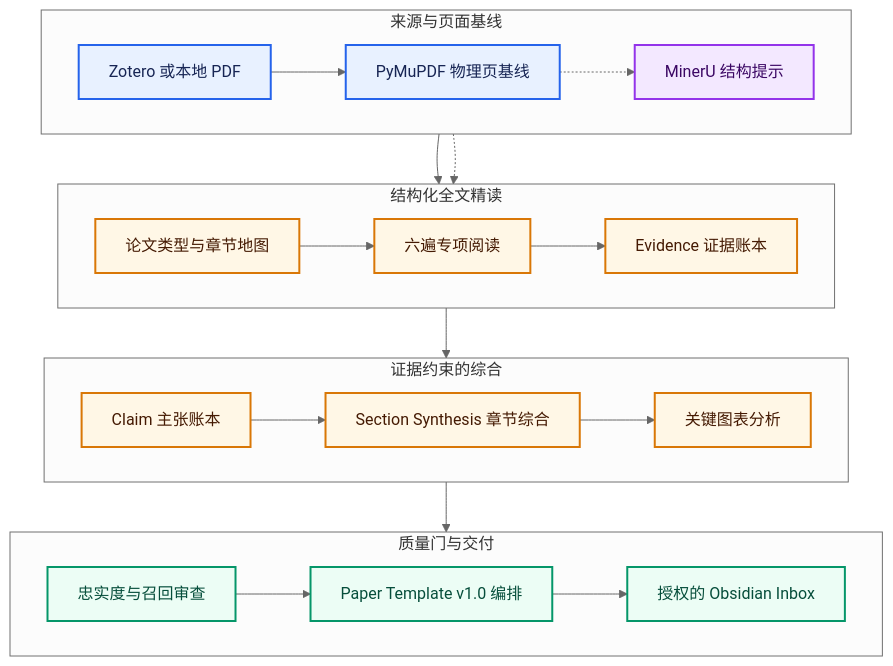
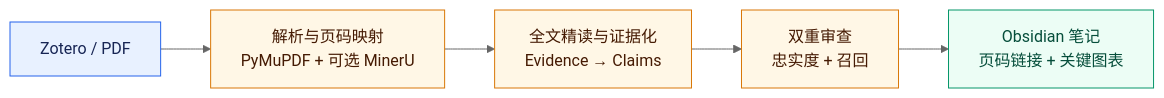
The diagram in README.md (xieyf1024/Litanchor-paper-reading), drawn with Mermaid (neutral theme) before and after one commit. The commit also changed other lines of this file and 3 other files, not shown here.

````diff
--- a/README.md
+++ b/README.md
@@ -53,37 +63,14 @@
 ```mermaid
-flowchart TB
-    subgraph grounding["来源与页面基线"]
-        direction LR
-        source["Zotero 或本地 PDF"] --> pages["PyMuPDF 物理页基线"]
-        pages -.-> mineru["MinerU 结构提示"]
-    end
+flowchart LR
+    source["Zotero / PDF"] --> parse["解析与页码映射<br/>PyMuPDF + 可选 MinerU"]
+    parse --> ground["全文精读与证据化<br/>Evidence → Claims"]
+    ground --> review["双重审查<br/>忠实度 + 召回"]
+    review --> note["Obsidian 笔记<br/>页码链接 + 关键图表"]
 
-    subgraph reading["结构化全文精读"]
-        direction LR
-        profile["论文类型与章节地图"] --> passes["六遍专项阅读"] --> evidence["Evidence 证据账本"]
-    end
-
-    subgraph synthesis["证据约束的综合"]
-        direction LR
-        claims["Claim 主张账本"] --> sections["Section Synthesis 章节综合"] --> visuals["关键图表分析"]
-    end
-
-    subgraph delivery["质量门与交付"]
-        direction LR
-        review["忠实度与召回审查"] --> compose["Paper Template v1.0 编排"] --> obsidian["授权的 Obsidian Inbox"]
-    end
-
-    pages --> profile
-    mineru -.-> profile
-    evidence --> claims
-    visuals --> review
-
-    classDef sourceLayer fill:#E8F1FF,stroke:#2563EB,stroke-width:2px,color:#172554
-    classDef assistLayer fill:#F3E8FF,stroke:#9333EA,stroke-width:2px,color:#3B0764
-    classDef knowledgeLayer fill:#FFF7E6,stroke:#D97706,stroke-width:2px,color:#451A03
-    classDef qualityLayer fill:#ECFDF5,stroke:#059669,stroke-width:2px,color:#064E3B
-    class source,pages sourceLayer
-    class mineru assistLayer
-    class profile,passes,evidence,claims,sections,visuals knowledgeLayer
-    class review,compose,obsidian qualityLayer
+    classDef sourceNode fill:#E8F1FF,stroke:#2563EB,color:#172554
+    classDef processNode fill:#FFF7E6,stroke:#D97706,color:#451A03
+    classDef outputNode fill:#ECFDF5,stroke:#059669,color:#064E3B
+    class source sourceNode
+    class parse,ground,review processNode
+    class note outputNode
 ```
````
